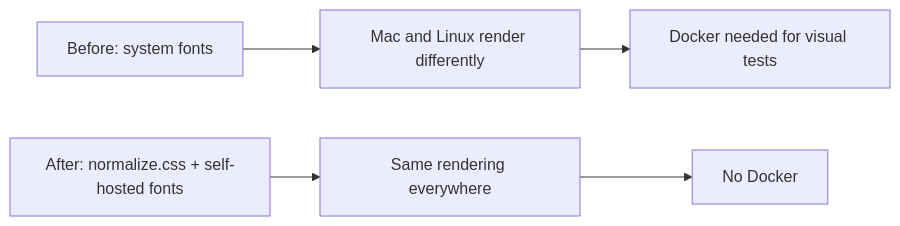
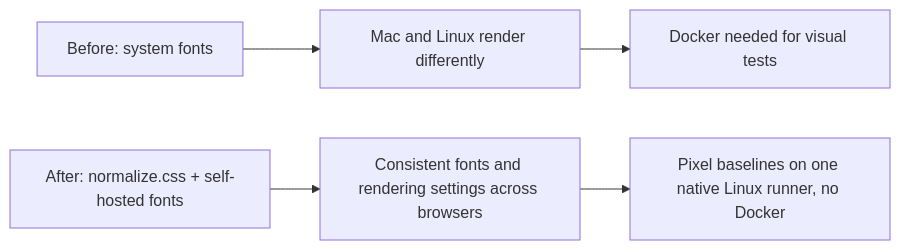
One commit to trillium/canon changed the diagram in .pr-evidence/canon-css-normalize/flow.md. Above: the diagram before and after it, drawn with Mermaid. The commit also changed 17 other files, not shown here.

Commit message:
no-mistakes(review): Layer normalize rules, add mono font, harden css checker

````diff
--- a/.pr-evidence/canon-css-normalize/flow.md
+++ b/.pr-evidence/canon-css-normalize/flow.md
@@ -1,5 +1,5 @@
 ```mermaid
 flowchart LR
   A[Before: system fonts] --> B[Mac and Linux render differently] --> C[Docker needed for visual tests]
-  D[After: normalize.css + self-hosted fonts] --> E[Same rendering everywhere] --> F[No Docker]
+  D[After: normalize.css + self-hosted fonts] --> E[Consistent fonts and rendering settings across browsers] --> F[Pixel baselines on one native Linux runner, no Docker]
 ```
````
